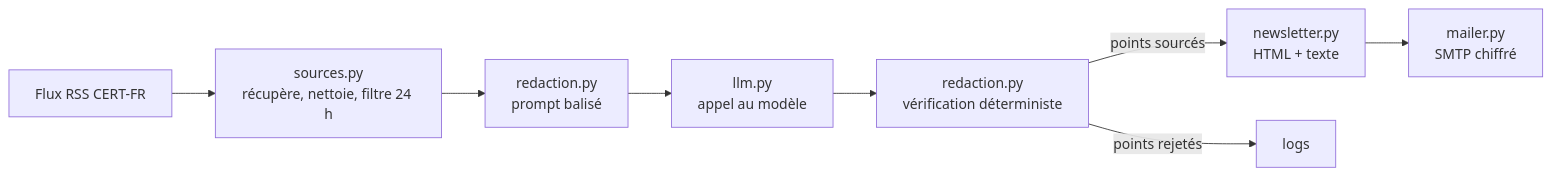
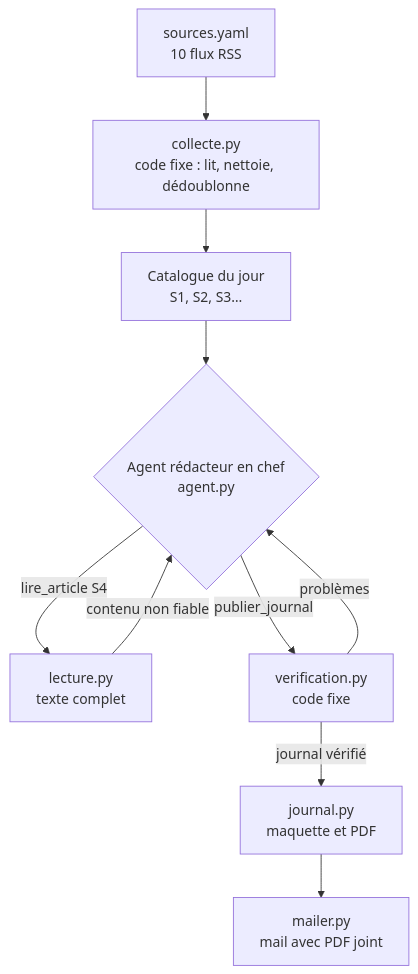
Before and after one commit to M0ricette/veille-cyber: the diagram in README.md, drawn with Mermaid. The commit also changed other lines of this file and 43 other files, not shown here.

First line of the commit message:
Passage en agent : rédacteur en chef, dix sources, journal PDF

````diff
--- a/README.md
+++ b/README.md
@@ -9,10 +15,12 @@
 ```mermaid
-flowchart LR
-    A[Flux RSS CERT-FR] --> B[sources.py<br/>récupère, nettoie, filtre 24 h]
-    B --> C[redaction.py<br/>prompt balisé]
-    C --> D[llm.py<br/>appel au modèle]
-    D --> E[redaction.py<br/>vérification déterministe]
-    E -->|points sourcés| F[newsletter.py<br/>HTML + texte]
-    E -->|points rejetés| L[logs]
-    F --> G[mailer.py<br/>SMTP chiffré]
+flowchart TD
+    A[sources.yaml<br/>10 flux RSS] --> B[collecte.py<br/>code fixe : lit, nettoie, dédoublonne]
+    B --> C[Catalogue du jour<br/>S1, S2, S3…]
+    C --> D{Agent rédacteur en chef<br/>agent.py}
+    D -- lire_article S4 --> E[lecture.py<br/>texte complet]
+    E -- contenu non fiable --> D
+    D -- publier_journal --> F[verification.py<br/>code fixe]
+    F -- problèmes --> D
+    F -- journal vérifié --> G[journal.py<br/>maquette et PDF]
+    G --> H[mailer.py<br/>mail avec PDF joint]
 ```
````
